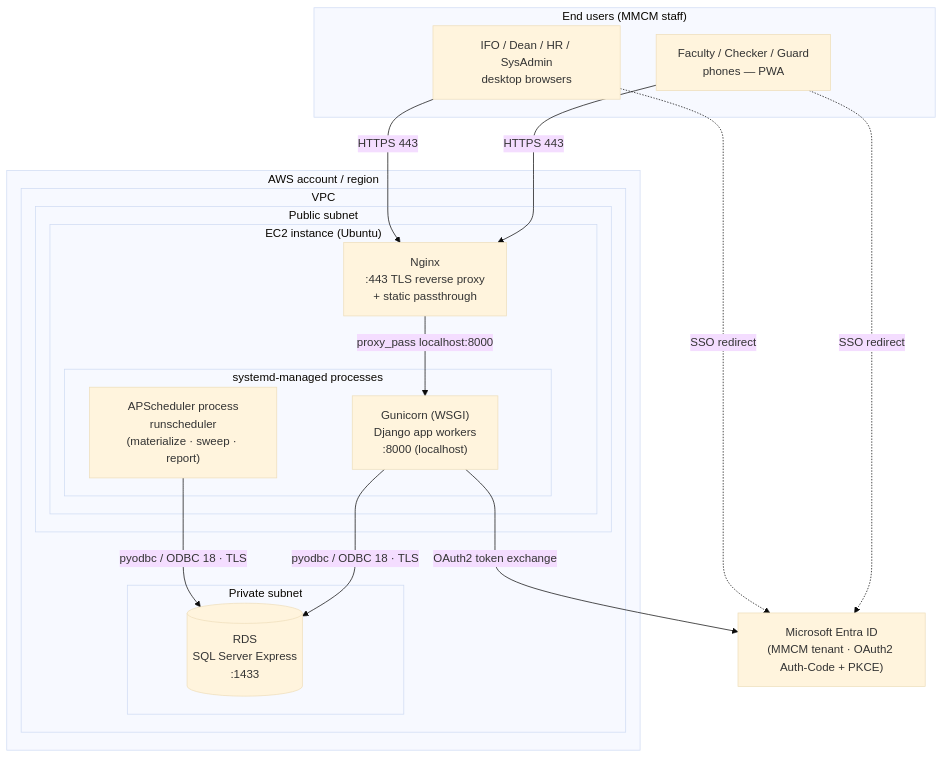
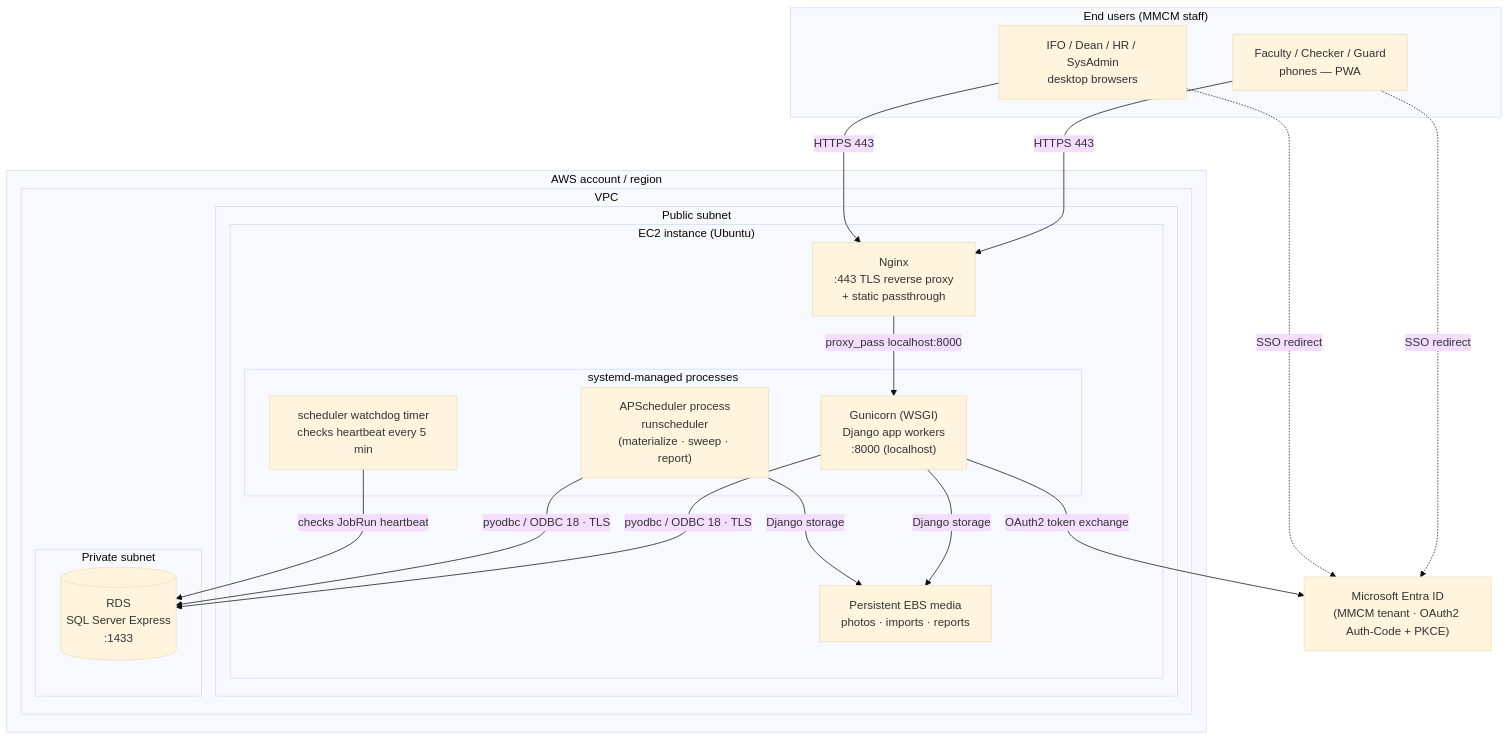
The first of 3 diagrams in docs/IT_ARCHITECTURE.md (Shion-main/fluxtrack-main), drawn with Mermaid (base theme) before and after one commit. The commit also changed other lines of this file and 14 other files, not shown here.

````diff
--- a/docs/IT_ARCHITECTURE.md
+++ b/docs/IT_ARCHITECTURE.md
@@ -33,35 +42,40 @@
 ```mermaid
 flowchart TB
     subgraph Users["End users (MMCM staff)"]
         Phone["Faculty / Checker / Guard<br/>phones — PWA"]
         Desk["IFO / Dean / HR / SysAdmin<br/>desktop browsers"]
     end
 
     Entra["Microsoft Entra ID<br/>(MMCM tenant · OAuth2 Auth-Code + PKCE)"]
 
     subgraph AWS["AWS account / region"]
         subgraph VPC["VPC"]
             subgraph Public["Public subnet"]
                 subgraph EC2["EC2 instance (Ubuntu)"]
                     Nginx["Nginx<br/>:443 TLS reverse proxy<br/>+ static passthrough"]
                     subgraph systemd["systemd-managed processes"]
                         Guni["Gunicorn (WSGI)<br/>Django app workers<br/>:8000 (localhost)"]
                         Sched["APScheduler process<br/>runscheduler<br/>(materialize · sweep · report)"]
+                        Watch["scheduler watchdog timer<br/>checks heartbeat every 5 min"]
                     end
+                    Media["Persistent EBS media<br/>photos · imports · reports"]
                 end
             end
             subgraph Private["Private subnet"]
                 RDS[("RDS<br/>SQL Server Express<br/>:1433")]
             end
         end
     end
 
     Phone -->|HTTPS 443| Nginx
     Desk  -->|HTTPS 443| Nginx
     Phone -.->|SSO redirect| Entra
     Desk  -.->|SSO redirect| Entra
     Nginx -->|proxy_pass localhost:8000| Guni
     Guni  -->|OAuth2 token exchange| Entra
     Guni  -->|pyodbc / ODBC 18 · TLS| RDS
     Sched -->|pyodbc / ODBC 18 · TLS| RDS
+    Guni -->|Django storage| Media
+    Sched -->|Django storage| Media
+    Watch -->|checks JobRun heartbeat| RDS
 ```
````
